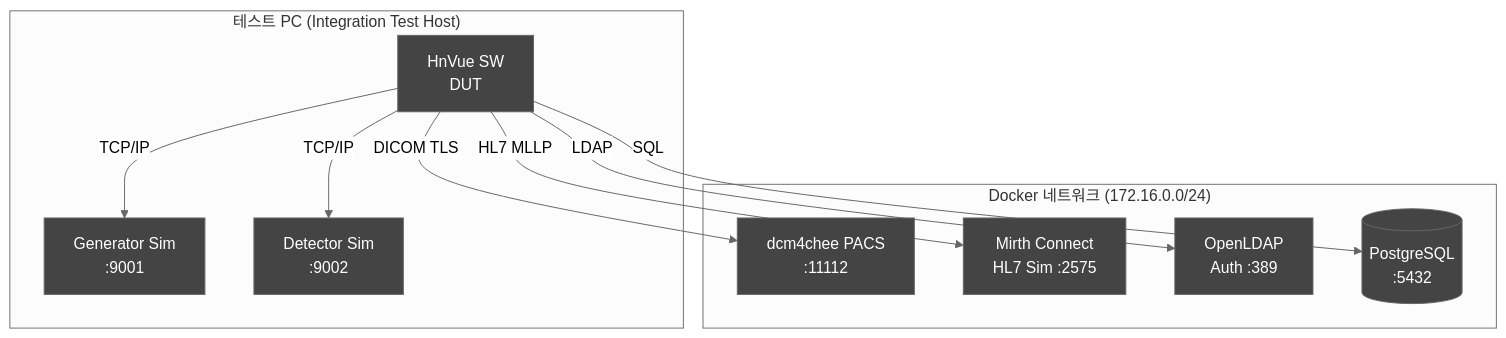
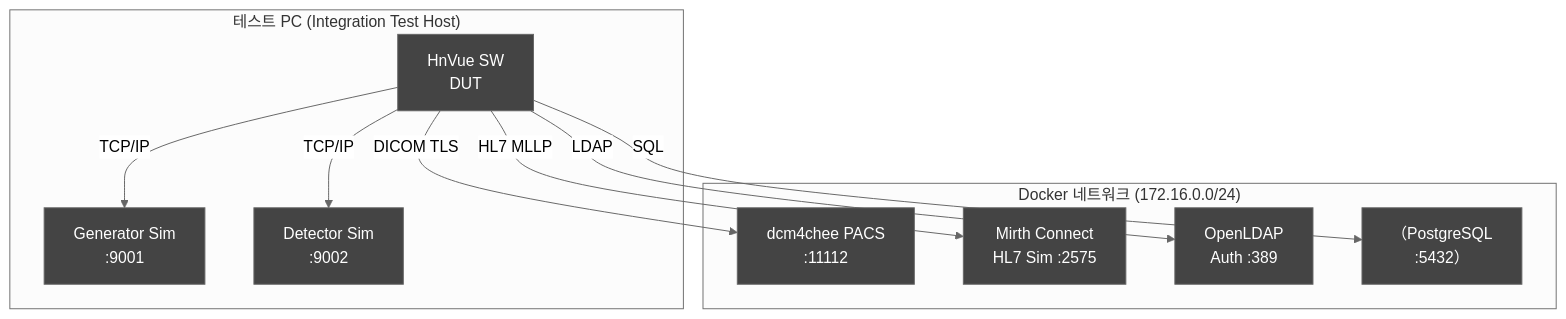
The fifth of 5 diagrams in docs/testing/DOC-013_IntegTestPlan_v1.0.md (holee9/console-gui), drawn with Mermaid (neutral theme) before and after one commit. The commit also changed other lines of this file and 22 other files, not shown here.

First line of the commit message:
fix: Mermaid flowchart 노드 내 괄호 파싱 오류 전면 수정

````diff
--- a/docs/testing/DOC-013_IntegTestPlan_v1.0.md
+++ b/docs/testing/DOC-013_IntegTestPlan_v1.0.md
@@ -373,21 +373,21 @@
 ```mermaid
 graph TD
     classDef default fill:#444,stroke:#666,color:#fff
     subgraph "테스트 PC (Integration Test Host)"
         RC[HnVue SW\nDUT]
         GS[Generator Sim\n:9001]
         DS[Detector Sim\n:9002]
     end
     subgraph "Docker 네트워크 (172.16.0.0/24)"
         PACS[dcm4chee PACS\n:11112]
         HL7[Mirth Connect\nHL7 Sim :2575]
         LDAP[OpenLDAP\nAuth :389]
-        DB[(PostgreSQL\n:5432)]
+        DB[（PostgreSQL\n:5432）]
     end
     RC -->|TCP/IP| GS
     RC -->|TCP/IP| DS
     RC -->|DICOM TLS| PACS
     RC -->|HL7 MLLP| HL7
     RC -->|LDAP| LDAP
     RC -->|SQL| DB
 ```
````
